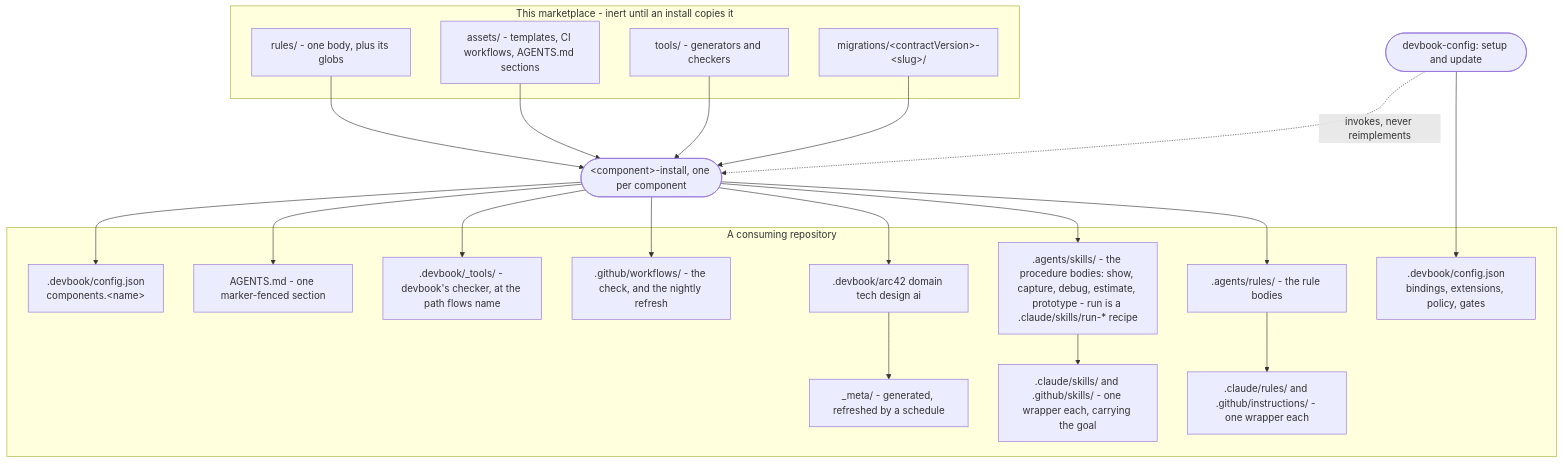
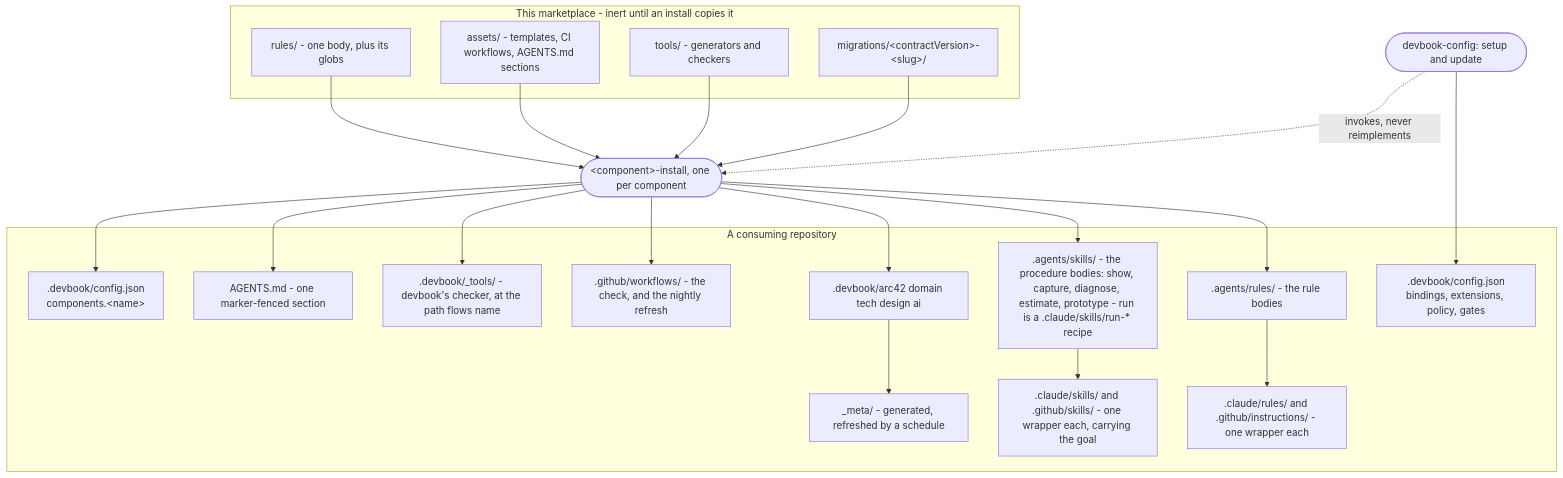
The third of 3 diagrams in .devbook/arc42/05-building-block-view.md (JSdotNet/ai-agent-stack), drawn with Mermaid before and after one commit. The commit also changed other lines of this file and 19 other files, not shown here.

First line of the commit message:
devbook-procedures: debug is diagnose

````diff
--- a/.devbook/arc42/05-building-block-view.md
+++ b/.devbook/arc42/05-building-block-view.md
@@ -220,43 +220,43 @@
 ```mermaid
 flowchart TB
     subgraph mp["This marketplace - inert until an install copies it"]
         pr["rules/ - one body, plus its globs"]
         pa["assets/ - templates, CI workflows, AGENTS.md sections"]
         pt["tools/ - generators and checkers"]
         pm["migrations/&lt;contractVersion&gt;-&lt;slug&gt;/"]
     end
 
     setup(["devbook-config: setup and update"])
     inst(["&lt;component&gt;-install, one per component"])
 
     subgraph repo["A consuming repository"]
         ar[".agents/rules/ - the rule bodies"]
         cw[".claude/rules/ and .github/instructions/ - one wrapper each"]
-        sk[".agents/skills/ - the procedure bodies: show, capture, debug, estimate, prototype - run is a .claude/skills/run-* recipe"]
+        sk[".agents/skills/ - the procedure bodies: show, capture, diagnose, estimate, prototype - run is a .claude/skills/run-* recipe"]
         sw[".claude/skills/ and .github/skills/ - one wrapper each, carrying the goal"]
         folders[".devbook/arc42 domain tech design ai"]
         meta["_meta/ - generated, refreshed by a schedule"]
         wf[".github/workflows/ - the check, and the nightly refresh"]
         tools[".devbook/_tools/ - devbook's checker, at the path flows name"]
         agents["AGENTS.md - one marker-fenced section"]
         cfgE[".devbook/config.json<br/>bindings, extensions, policy, gates"]
         cfgC[".devbook/config.json<br/>components.&lt;name&gt;"]
     end
 
     pr --> inst
     pa --> inst
     pt --> inst
     pm --> inst
     inst --> ar
     ar --> cw
     inst --> sk
     sk --> sw
     inst --> folders
     inst --> wf
     inst --> tools
     inst --> agents
     inst --> cfgC
     setup --> cfgE
     setup -.->|"invokes, never reimplements"| inst
     folders --> meta
 ```
````
